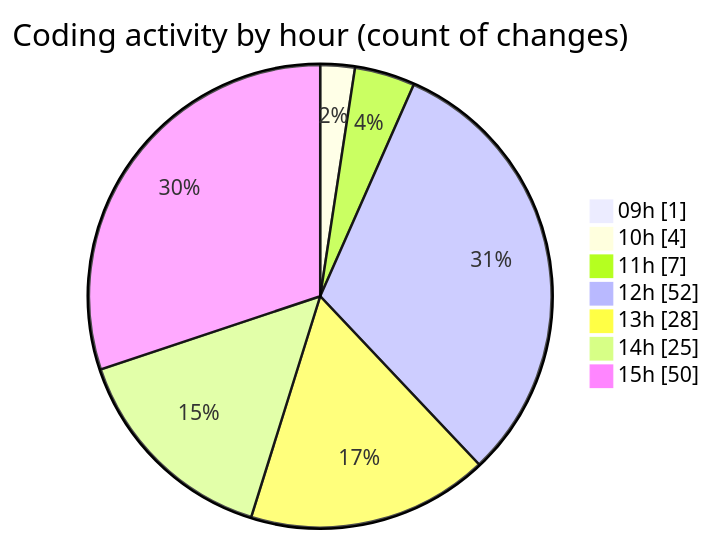
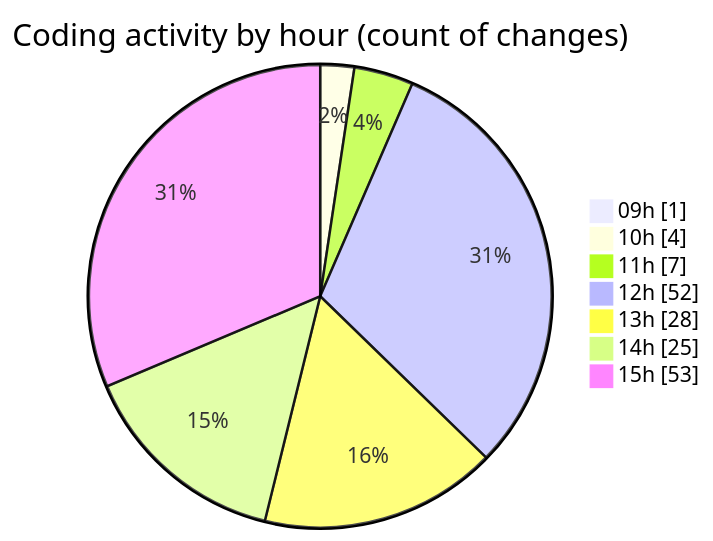
The second of 2 diagrams in 2025-04-07/cda/README.md (momahboobian/code-tracking), drawn with Mermaid before and after one commit. The commit also changed other lines of this file and 1 other file, not shown here.

````diff
--- a/2025-04-07/cda/README.md
+++ b/2025-04-07/cda/README.md
@@ -36,11 +36,11 @@
 ```mermaid
 pie showData
 title Coding activity by hour (count of changes)
 "09h" : 1
 "10h" : 4
 "11h" : 7
 "12h" : 52
 "13h" : 28
 "14h" : 25
-"15h" : 50
+"15h" : 53
 ```
````
